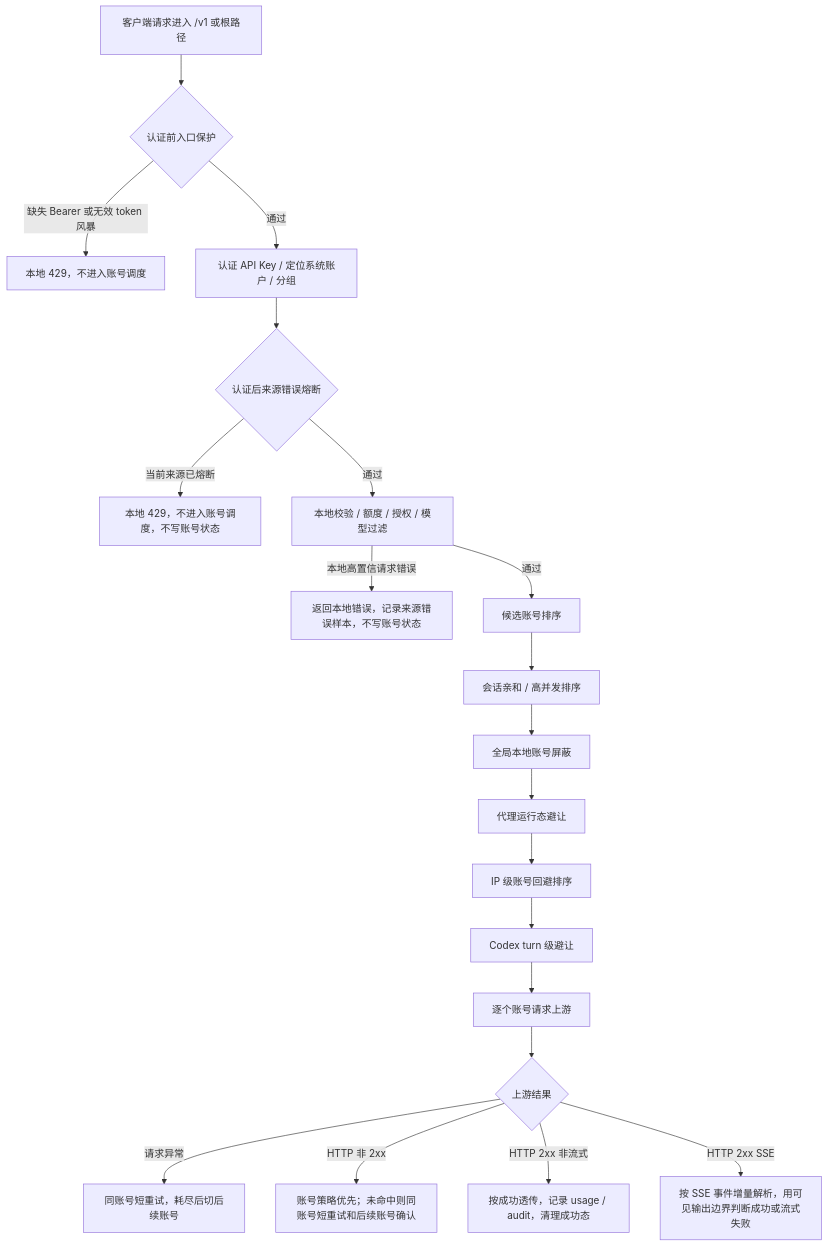
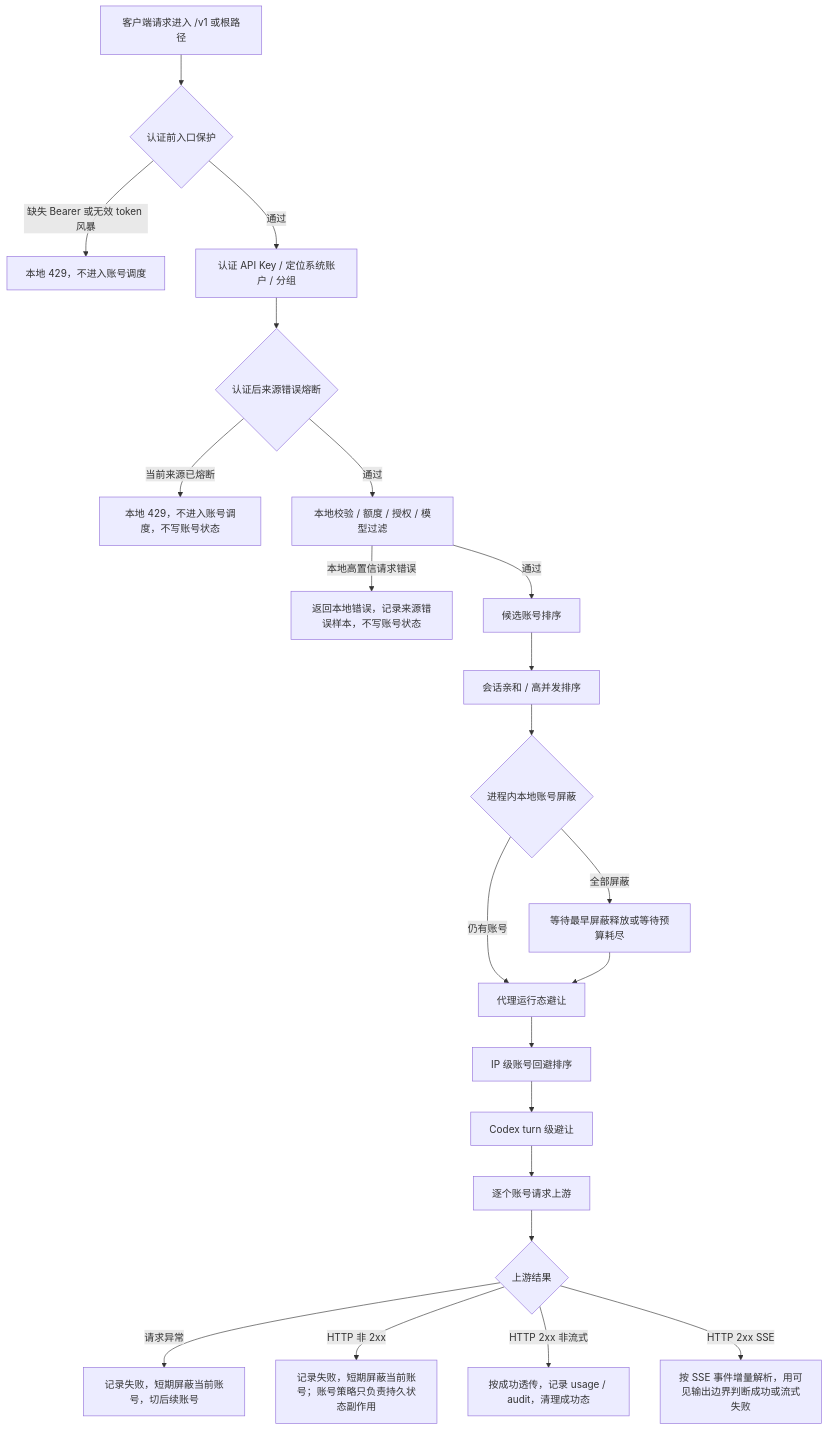
One commit to huanmin123/juhe-ai changed the diagram in docs/functions/网关错误处理完整链路.md. Above: the diagram before and after it, drawn with Mermaid. The commit also changed other lines of this file and 141 other files, not shown here.

````diff
--- a/docs/functions/网关错误处理完整链路.md
+++ b/docs/functions/网关错误处理完整链路.md
@@ -45,22 +46,24 @@
 ```mermaid
 flowchart TD
   A["客户端请求进入 /v1 或根路径"] --> B{"认证前入口保护"}
   B -- "缺失 Bearer 或无效 token 风暴" --> B1["本地 429，不进入账号调度"]
   B -- "通过" --> C["认证 API Key / 定位系统账户 / 分组"]
   C --> D{"认证后来源错误熔断"}
   D -- "当前来源已熔断" --> D1["本地 429，不进入账号调度，不写账号状态"]
   D -- "通过" --> E["本地校验 / 额度 / 授权 / 模型过滤"]
   E -- "本地高置信请求错误" --> E1["返回本地错误，记录来源错误样本，不写账号状态"]
   E -- "通过" --> F["候选账号排序"]
   F --> F1["会话亲和 / 高并发排序"]
-  F1 --> F2["全局本地账号屏蔽"]
-  F2 --> F3["代理运行态避让"]
+  F1 --> F2{"进程内本地账号屏蔽"}
+  F2 -- "仍有账号" --> F3["代理运行态避让"]
+  F2 -- "全部屏蔽" --> F2A["等待最早屏蔽释放或等待预算耗尽"]
+  F2A --> F3
   F3 --> F4["IP 级账号回避排序"]
   F4 --> F5["Codex turn 级避让"]
   F5 --> G["逐个账号请求上游"]
   G --> H{"上游结果"}
-  H -- "请求异常" --> I["同账号短重试，耗尽后切后续账号"]
-  H -- "HTTP 非 2xx" --> J["账号策略优先；未命中则同账号短重试和后续账号确认"]
+  H -- "请求异常" --> I["记录失败，短期屏蔽当前账号，切后续账号"]
+  H -- "HTTP 非 2xx" --> J["记录失败，短期屏蔽当前账号；账号策略只负责持久状态副作用"]
   H -- "HTTP 2xx 非流式" --> K["按成功透传，记录 usage / audit，清理成功态"]
   H -- "HTTP 2xx SSE" --> L["按 SSE 事件增量解析，用可见输出边界判断成功或流式失败"]
 ```
````
